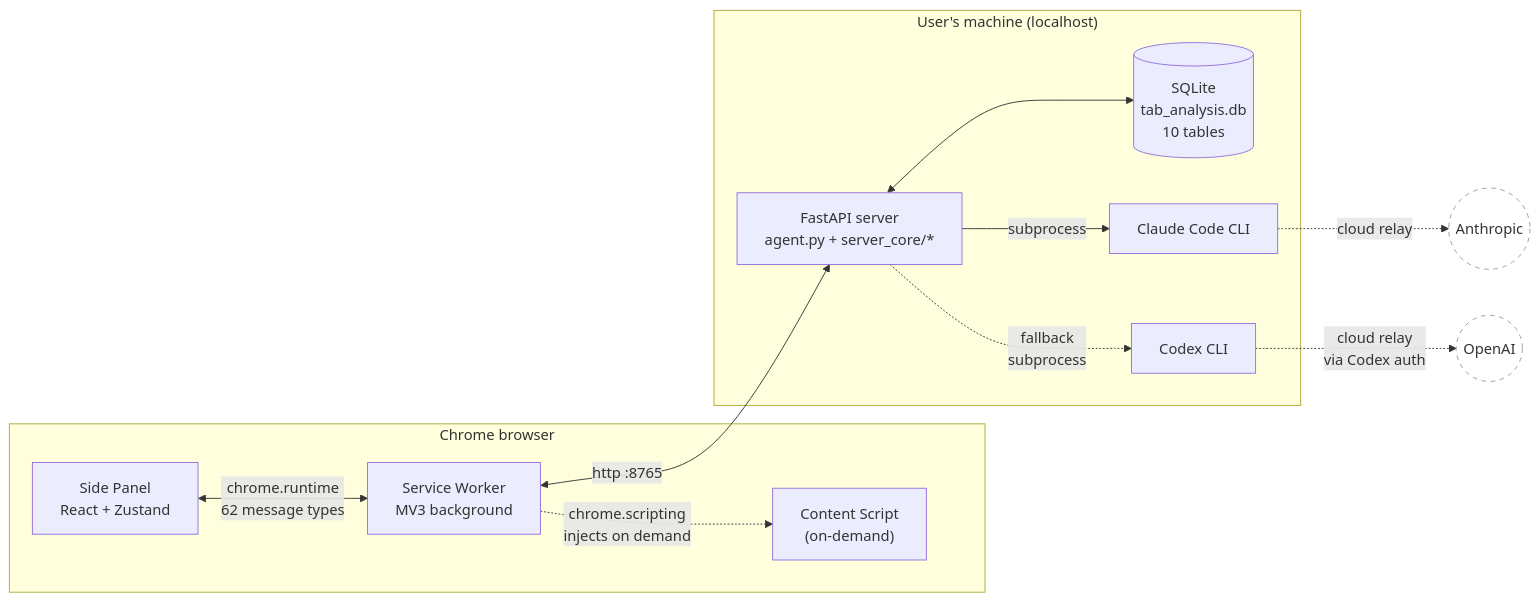
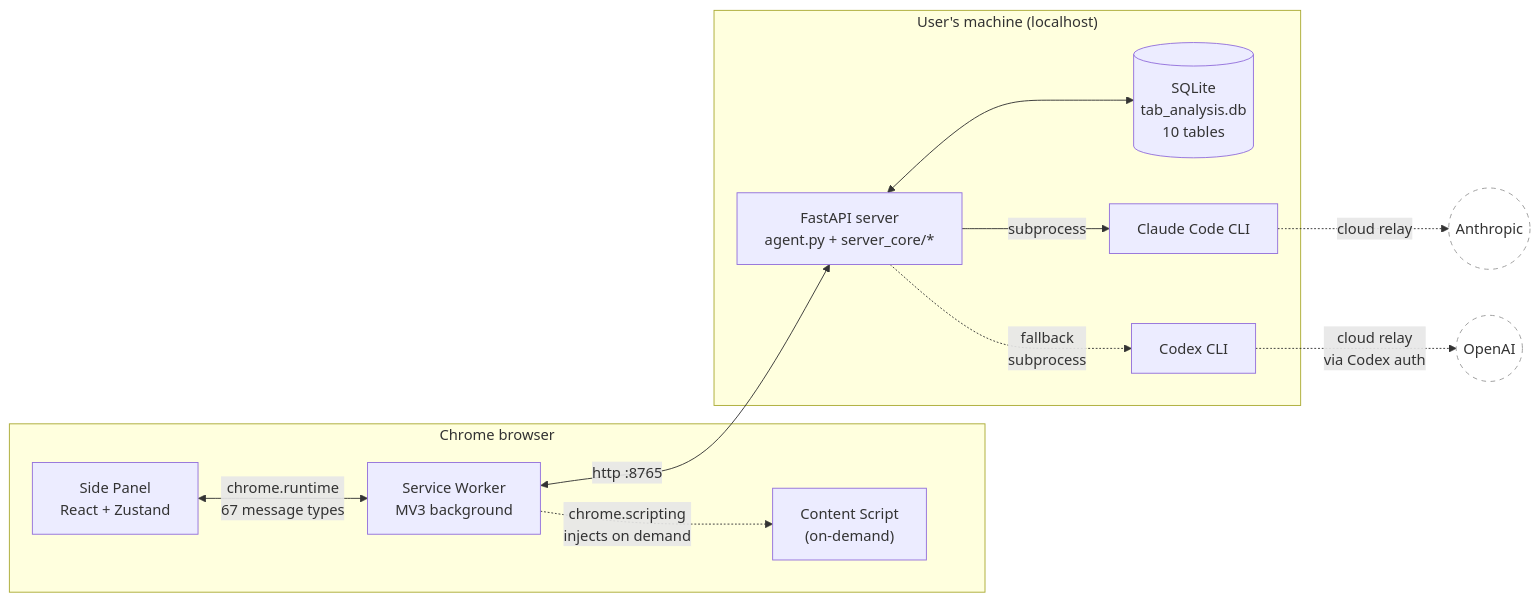
Before and after one commit to eiler2005/ai-tab-optimizer: the first of 4 diagrams in docs/ARCHITECTURE.md, drawn with Mermaid. The commit also changed other lines of this file and 32 other files, not shown here.

````diff
--- a/docs/ARCHITECTURE.md
+++ b/docs/ARCHITECTURE.md
@@ -9,26 +9,26 @@
 ```mermaid
 flowchart LR
   subgraph Browser["Chrome browser"]
     SP["Side Panel<br/>React + Zustand"]
     SW["Service Worker<br/>MV3 background"]
     CS["Content Script<br/>(on-demand)"]
   end
 
   subgraph LocalMachine["User's machine (localhost)"]
     SRV["FastAPI server<br/>agent.py + server_core/*"]
     DB[("SQLite<br/>tab_analysis.db<br/>10 tables")]
     CCC["Claude Code CLI"]
     COX["Codex CLI"]
   end
 
-  SP <--> |chrome.runtime<br/>62 message types| SW
+  SP <--> |chrome.runtime<br/>67 message types| SW
   SW <--> |http :8765| SRV
   SW -.-> |chrome.scripting<br/>injects on demand| CS
   SRV <--> DB
   SRV --> |subprocess| CCC
   SRV -.-> |fallback<br/>subprocess| COX
   COX -. cloud relay<br/>via Codex auth .-> Cloud(("OpenAI")):::cloud
   CCC -. cloud relay .-> Anthropic(("Anthropic")):::cloud
 
   classDef cloud fill:#fff,stroke:#999,stroke-dasharray: 5 5;
 ```
````
